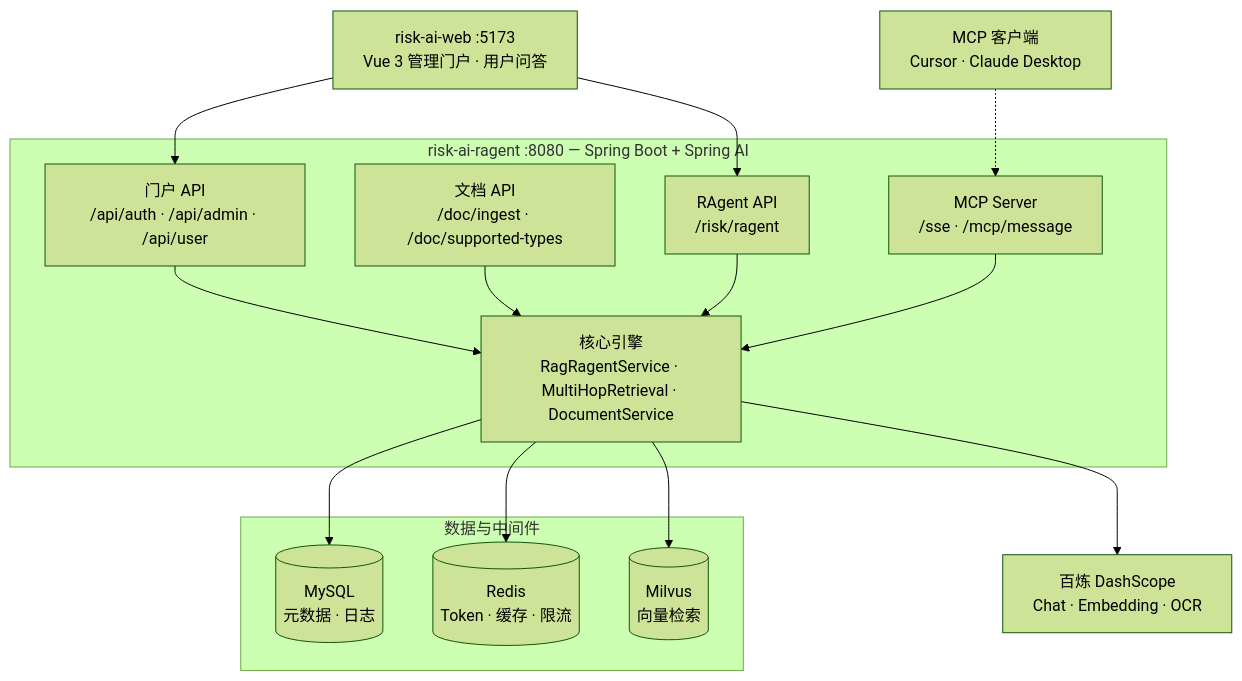
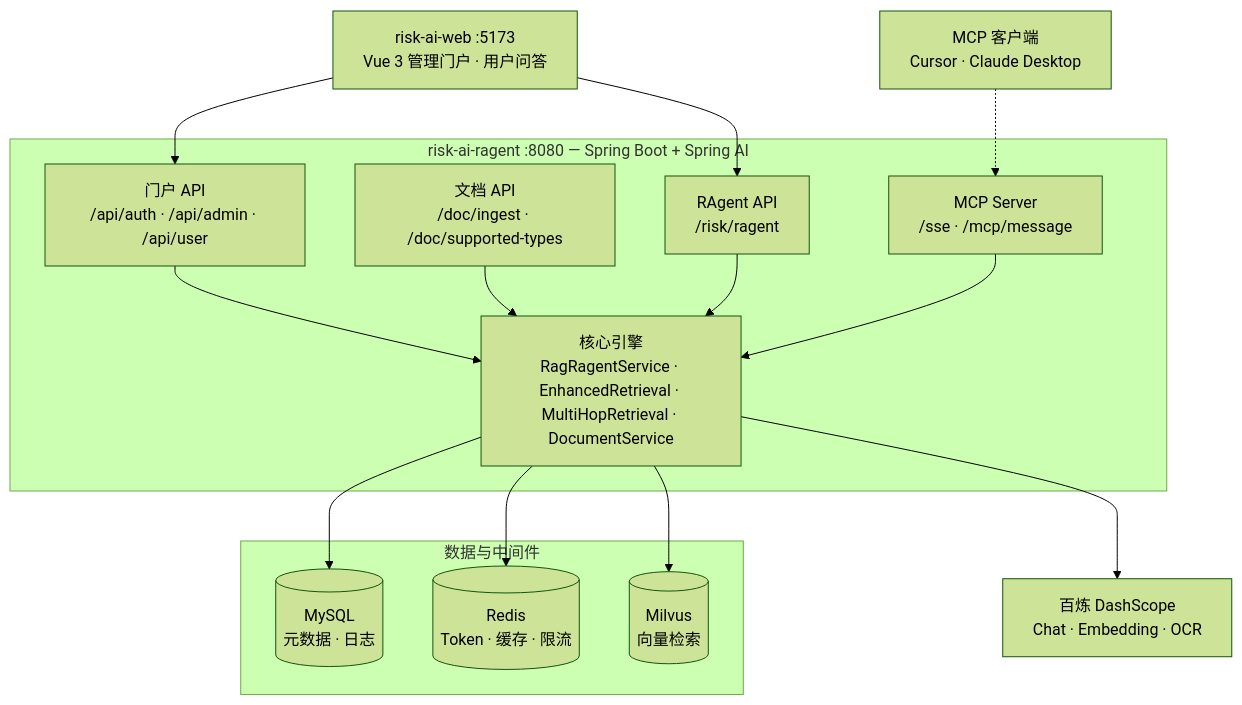
The diagram in README.md (1259665975/risk-ai-qa), drawn with Mermaid (forest theme) before and after one commit. The commit also changed other lines of this file and 23 other files, not shown here.

````diff
--- a/README.md
+++ b/README.md
@@ -45,33 +47,33 @@
 ```mermaid
 flowchart TB
     WEB["risk-ai-web :5173<br/>Vue 3 管理门户 · 用户问答"]
 
     subgraph APP["risk-ai-ragent :8080 — Spring Boot + Spring AI"]
         P1["门户 API<br/>/api/auth · /api/admin · /api/user"]
         P2["文档 API<br/>/doc/ingest · /doc/supported-types"]
         P3["RAgent API<br/>/risk/ragent"]
         P4["MCP Server<br/>/sse · /mcp/message"]
-        CORE["核心引擎<br/>RagRagentService · MultiHopRetrieval · DocumentService"]
+        CORE["核心引擎<br/>RagRagentService · EnhancedRetrieval · MultiHopRetrieval · DocumentService"]
         P1 --> CORE
         P2 --> CORE
         P3 --> CORE
         P4 --> CORE
     end
 
     subgraph DATA["数据与中间件"]
         MYSQL[("MySQL<br/>元数据 · 日志")]
         REDIS[("Redis<br/>Token · 缓存 · 限流")]
         MILVUS[("Milvus<br/>向量检索")]
     end
 
     AI["百炼 DashScope<br/>Chat · Embedding · OCR"]
     MCP["MCP 客户端<br/>Cursor · Claude Desktop"]
 
     WEB --> P1
     WEB --> P3
     MCP -.-> P4
     CORE --> MYSQL
     CORE --> REDIS
     CORE --> MILVUS
     CORE --> AI
 ```
````
